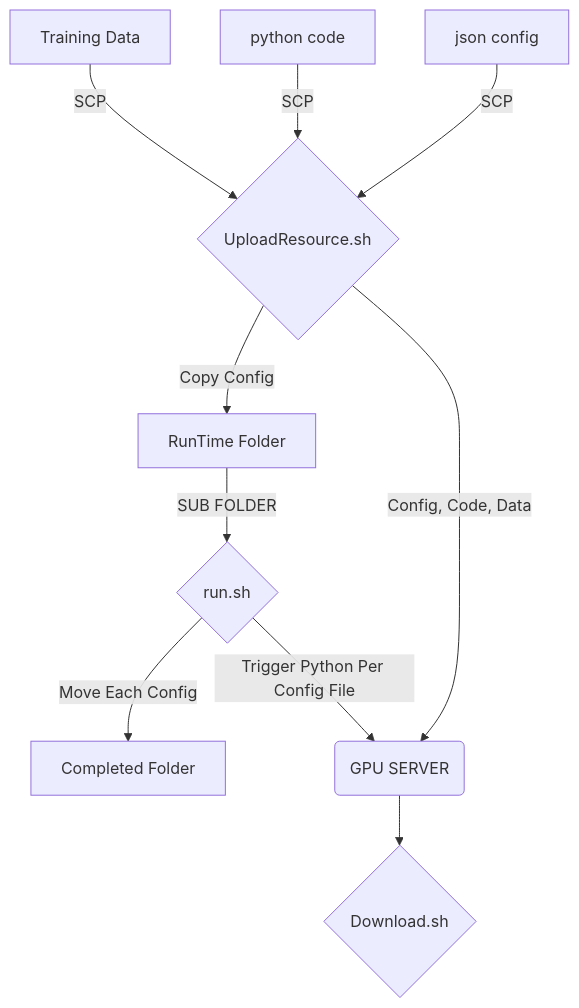
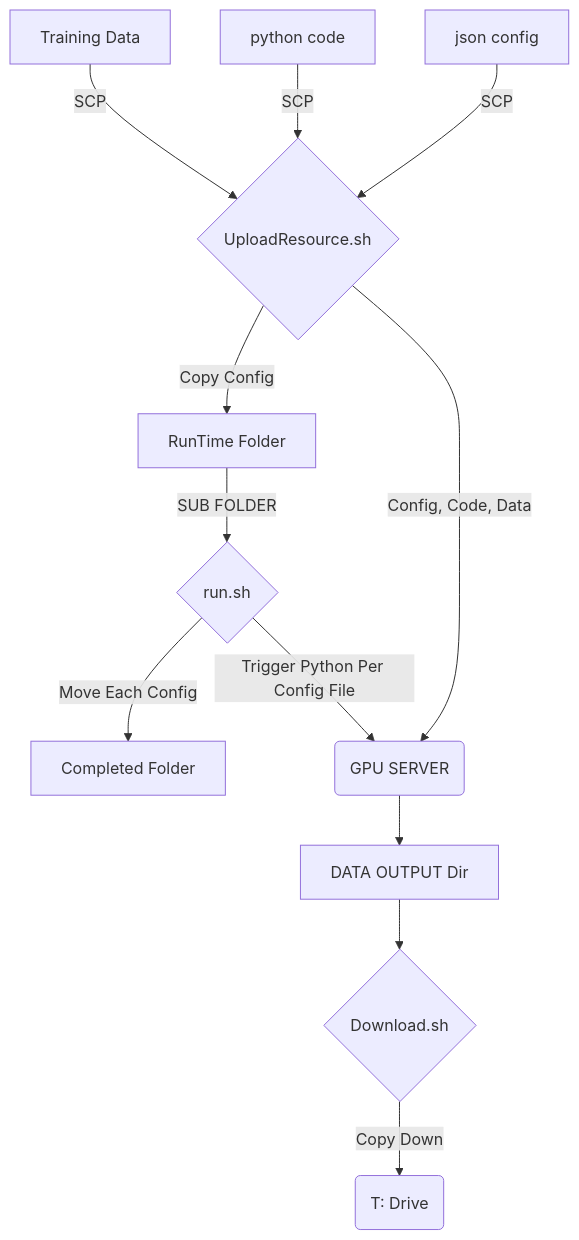
The diagram in flow_chart.md (hung135/gpu_tasker), drawn with Mermaid before and after one commit.

````diff
--- a/flow_chart.md
+++ b/flow_chart.md
@@ -1,19 +1,21 @@
 ```mermaid
 graph TD
     A[json config] -->|SCP| F
     B -->|SCP| F
     C -->|SCP| F   
     B[python code]
     C[Training Data]
     D[RunTime Folder] 
     E[Completed Folder]
     F{UploadResource.sh}-->|Config, Code, Data|G
     F -->|Copy Config|D
     G(GPU SERVER)
     H{run.sh}-->|Move Each Config|E 
     H-->|Trigger Python Per Config File|G 
     D -->|SUB FOLDER| H
-    G-->I[Output Dir]
-    I{Download.sh}
+    G-->II[DATA OUTPUT Dir]-->I
+    I{Download.sh}-->|Copy Down|J
+    J(T: Drive)
+    
     
 ```
````
